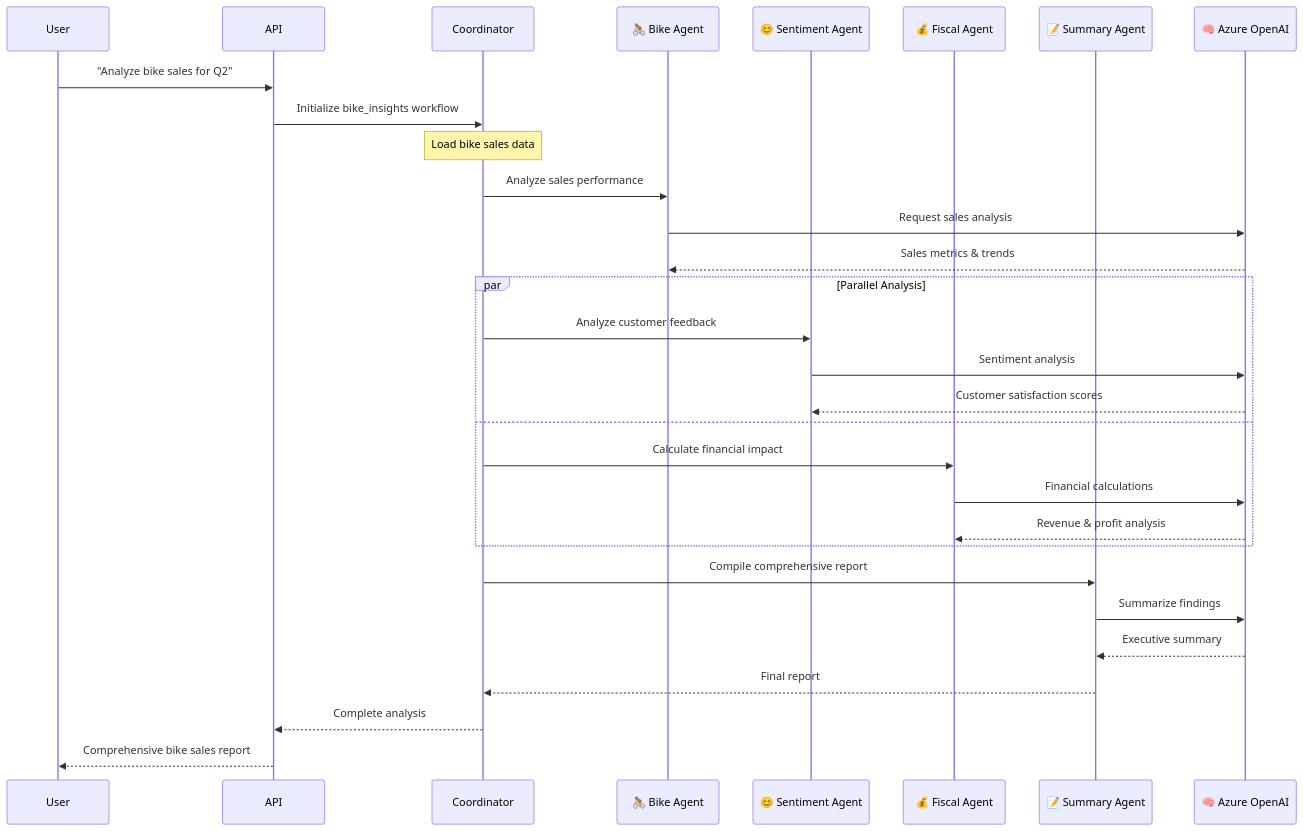
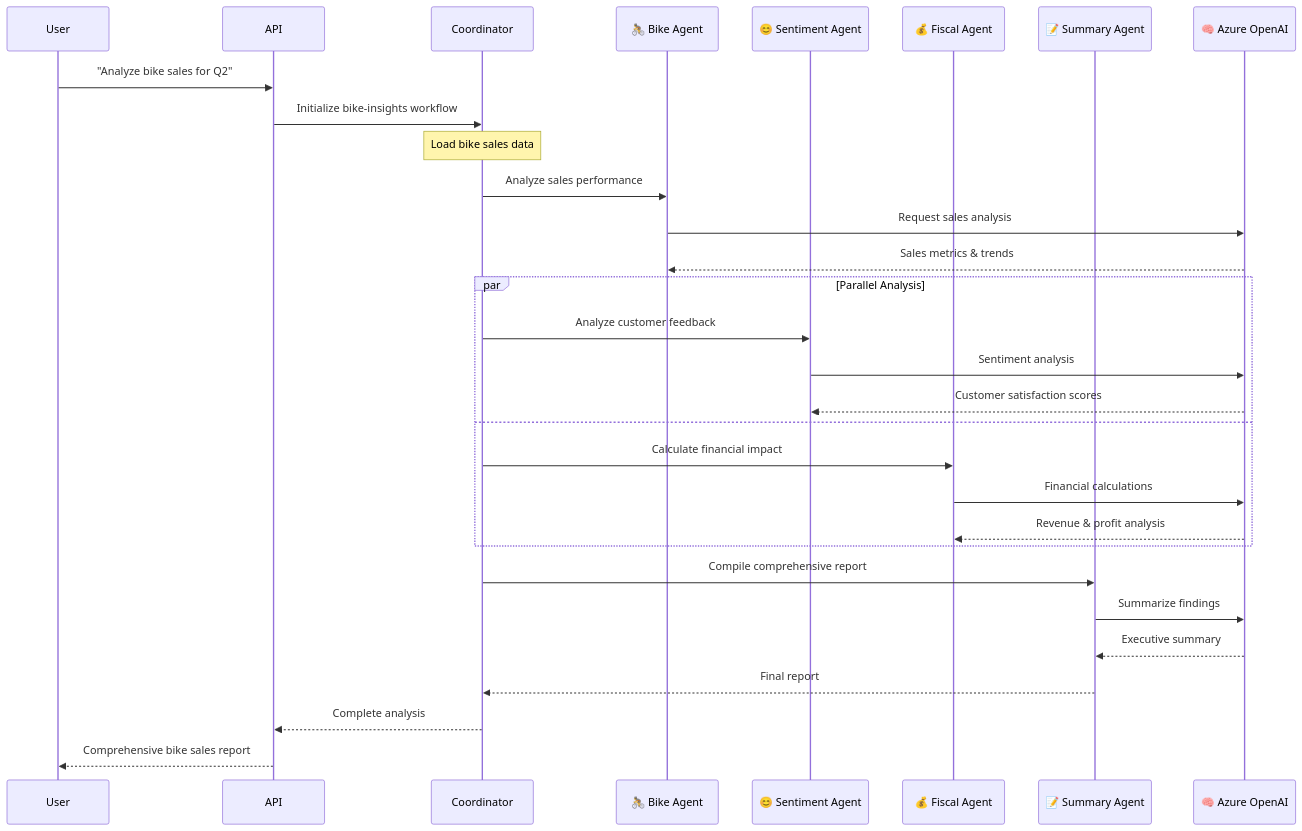
One commit to the-ingenious-dark-knight/Insight_Ingenious changed the second of 12 diagrams in docs/workflows/README.md. Above: the diagram before and after it, drawn with Mermaid. The commit also changed other lines of this file and 5 other files, not shown here.

Commit message:
fix: Update workflow names and conversation flows to use hyphens instead of underscores for consistency

````diff
--- a/docs/workflows/README.md
+++ b/docs/workflows/README.md
@@ -72,37 +72,37 @@
 ```mermaid
 sequenceDiagram
     participant User
     participant API
     participant Coordinator
     participant BikeAgent as 🚴 Bike Agent
     participant SentimentAgent as 😊 Sentiment Agent
     participant FiscalAgent as 💰 Fiscal Agent
     participant SummaryAgent as 📝 Summary Agent
     participant AzureOpenAI as 🧠 Azure OpenAI
 
     User->>API: "Analyze bike sales for Q2"
-    API->>Coordinator: Initialize bike_insights workflow
+    API->>Coordinator: Initialize bike-insights workflow
 
     Note over Coordinator: Load bike sales data
     Coordinator->>BikeAgent: Analyze sales performance
     BikeAgent->>AzureOpenAI: Request sales analysis
     AzureOpenAI-->>BikeAgent: Sales metrics & trends
 
     par Parallel Analysis
         Coordinator->>SentimentAgent: Analyze customer feedback
         SentimentAgent->>AzureOpenAI: Sentiment analysis
         AzureOpenAI-->>SentimentAgent: Customer satisfaction scores
     and
         Coordinator->>FiscalAgent: Calculate financial impact
         FiscalAgent->>AzureOpenAI: Financial calculations
         AzureOpenAI-->>FiscalAgent: Revenue & profit analysis
     end
 
     Coordinator->>SummaryAgent: Compile comprehensive report
     SummaryAgent->>AzureOpenAI: Summarize findings
     AzureOpenAI-->>SummaryAgent: Executive summary
 
     SummaryAgent-->>Coordinator: Final report
     Coordinator-->>API: Complete analysis
     API-->>User: Comprehensive bike sales report
 ```
````
